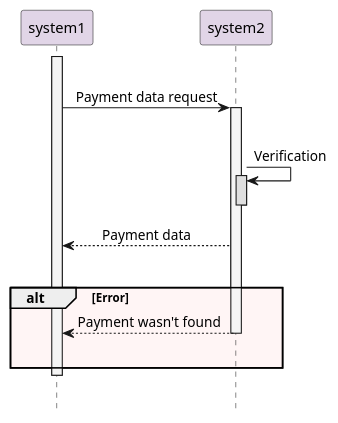
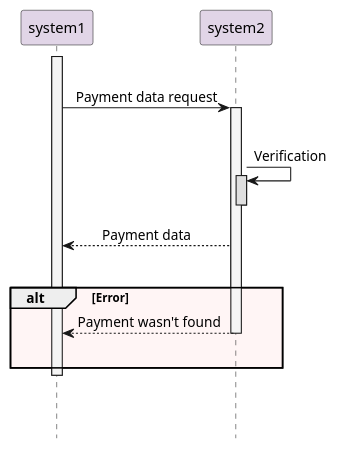
The diagram in docs/diagrams/test_plantuml.puml (rynkovskii/instead_of_a_hundred_test_cases), drawn with PlantUML before and after one commit.

```diff
--- a/docs/diagrams/test_plantuml.puml
+++ b/docs/diagrams/test_plantuml.puml
@@ -1,31 +1,32 @@
 @startuml
 
 hide footbox
 skinparam sequenceMessageAlign center
 
 participant system1 as s1 #E1D5E7
 participant system2 as s2 #E1D5E7
 |||
 
 activate s1 #F5F5F5
 s1 -> s2: Payment data request
 activate s2 #F5F5F5
 |||
 
 s2 -> s2: Verification
 activate s2 #DFDFDF
 deactivate s2
 
 s1 <-- s2: Payment data
 |||
 
 alt #FFF5F5 Error
 s1 <-- s2: Payment wasn't found
 deactivate s2
 |||
 end
 
 deactivate s1
 |||
+|||
 
 @enduml
```
